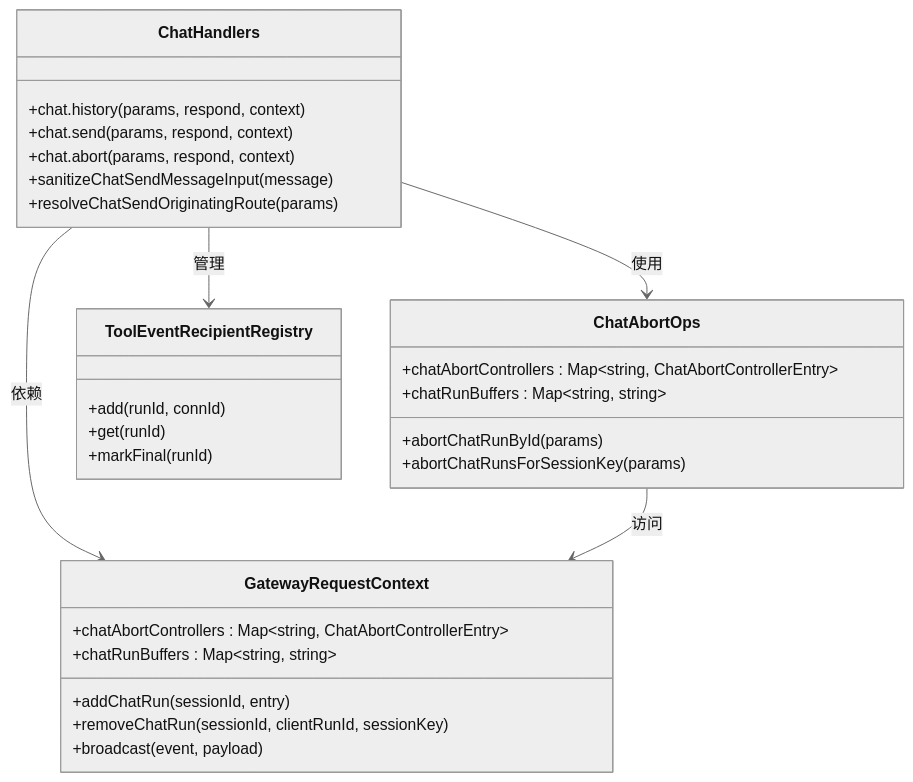
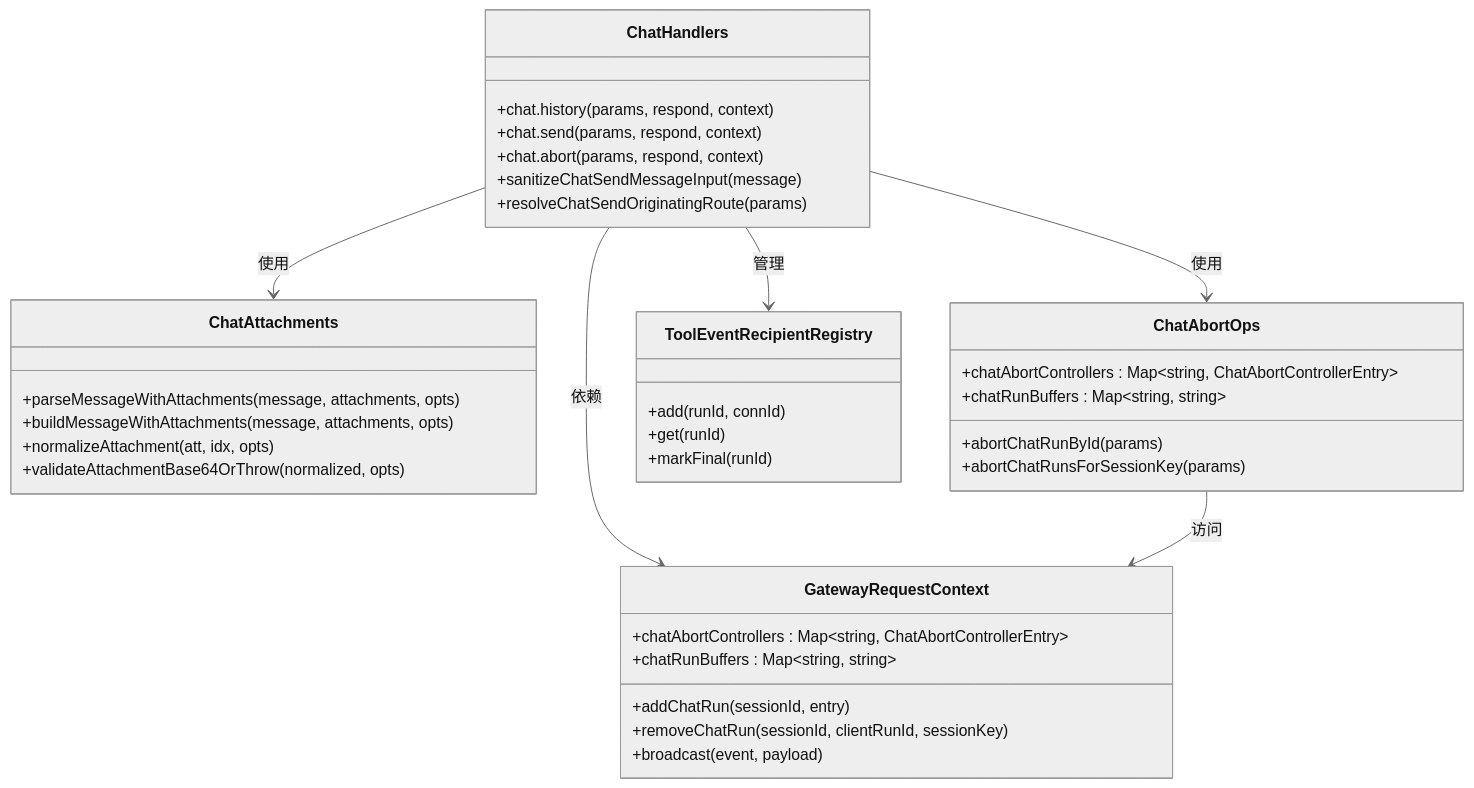
Before and after one commit to verse-ai-org/openclaw: the fourth of 20 diagrams in .qoder/repowiki/zh/content/Web界面/WebChat界面/聊天运行时提供者增强.md, drawn with Mermaid (neutral theme). The commit also changed other lines of this file and 7 other files, not shown here.

````diff
--- a/.qoder/repowiki/zh/content/Web界面/WebChat界面/聊天运行时提供者增强.md
+++ b/.qoder/repowiki/zh/content/Web界面/WebChat界面/聊天运行时提供者增强.md
@@ -240,32 +279,39 @@
 ```mermaid
 classDiagram
 class ChatHandlers {
 +chat.history(params, respond, context)
 +chat.send(params, respond, context)
 +chat.abort(params, respond, context)
 +sanitizeChatSendMessageInput(message)
 +resolveChatSendOriginatingRoute(params)
+}
+class ChatAttachments {
++parseMessageWithAttachments(message, attachments, opts)
++buildMessageWithAttachments(message, attachments, opts)
++normalizeAttachment(att, idx, opts)
++validateAttachmentBase64OrThrow(normalized, opts)
 }
 class ChatAbortOps {
 +chatAbortControllers : Map~string, ChatAbortControllerEntry~
 +chatRunBuffers : Map~string, string~
 +abortChatRunById(params)
 +abortChatRunsForSessionKey(params)
 }
 class GatewayRequestContext {
 +chatAbortControllers : Map~string, ChatAbortControllerEntry~
 +chatRunBuffers : Map~string, string~
 +addChatRun(sessionId, entry)
 +removeChatRun(sessionId, clientRunId, sessionKey)
 +broadcast(event, payload)
 }
 class ToolEventRecipientRegistry {
 +add(runId, connId)
 +get(runId)
 +markFinal(runId)
 }
+ChatHandlers --> ChatAttachments : 使用
 ChatHandlers --> ChatAbortOps : 使用
 ChatHandlers --> GatewayRequestContext : 依赖
 ChatHandlers --> ToolEventRecipientRegistry : 管理
 ChatAbortOps --> GatewayRequestContext : 访问
 ```
````
